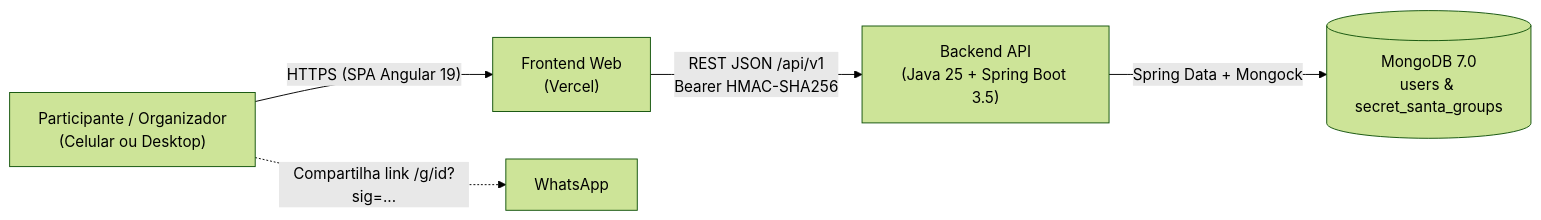
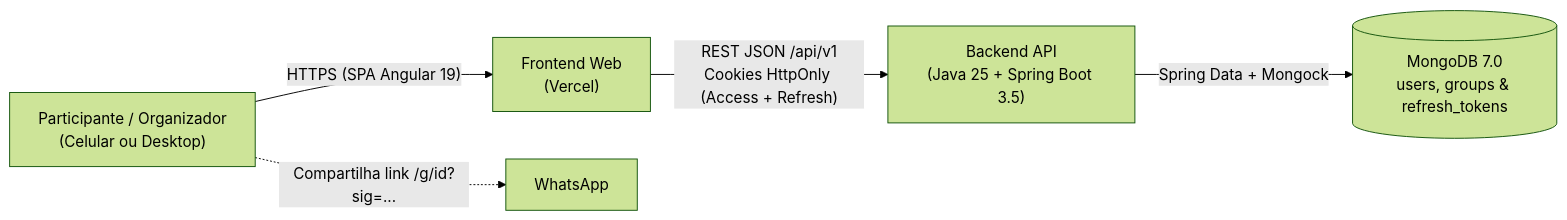
The diagram in README.md (tiaggofg/secret-santa), drawn with Mermaid (forest theme) before and after one commit. The commit also changed other lines of this file and 54 other files, not shown here.

Commit message:
feat(auth,ui): enforce strong passwords, HttpOnly refresh cookies, 409 rejoin redirect, and toast notices

````diff
--- a/README.md
+++ b/README.md
@@ -20,7 +20,7 @@
 ```mermaid
 flowchart LR
     User["Participante / Organizador<br/>(Celular ou Desktop)"] -->|"HTTPS (SPA Angular 19)"| FE["Frontend Web<br/>(Vercel)"]
     User -.->|"Compartilha link /g/id?sig=..."| WA["WhatsApp"]
-    FE -->|"REST JSON /api/v1<br/>Bearer HMAC-SHA256"| BE["Backend API<br/>(Java 25 + Spring Boot 3.5)"]
-    BE -->|"Spring Data + Mongock"| DB[("MongoDB 7.0<br/>users & secret_santa_groups")]
+    FE -->|"REST JSON /api/v1<br/>Cookies HttpOnly (Access + Refresh)"| BE["Backend API<br/>(Java 25 + Spring Boot 3.5)"]
+    BE -->|"Spring Data + Mongock"| DB[("MongoDB 7.0<br/>users, groups & refresh_tokens")]
 ```
````
